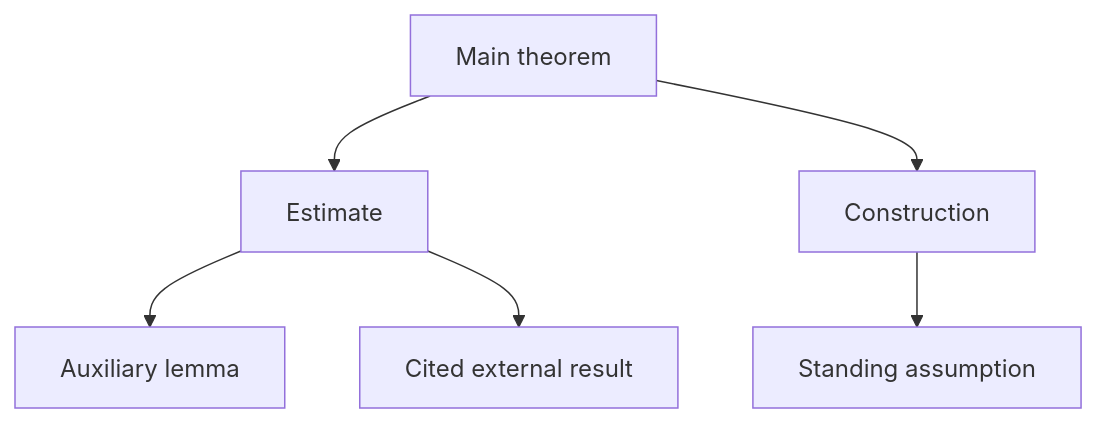
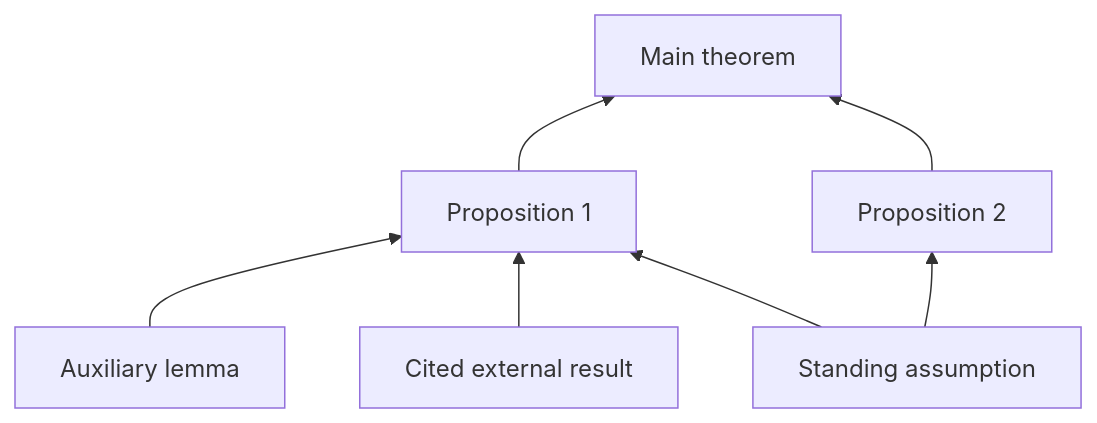
One commit to scottnarmstrong/LeanAutoformalizationSkills changed the diagram in README.md. Above: the diagram before and after it, drawn with Mermaid. The commit also changed other lines of this file, not shown here.

Commit message:
Correct graph illustration and describe mathematical emphasis

````diff
--- a/README.md
+++ b/README.md
@@ -231,8 +234,9 @@
 ```mermaid
-flowchart TD
-    T[Main theorem] --> A[Estimate]
-    T --> B[Construction]
-    A --> L[Auxiliary lemma]
-    A --> X[Cited external result]
-    B --> H[Standing assumption]
+flowchart BT
+    A[Proposition 1] --> T[Main theorem]
+    B[Proposition 2] --> T
+    L[Auxiliary lemma] --> A
+    X[Cited external result] --> A
+    H[Standing assumption] --> B
+    H --> A
 ```
````
